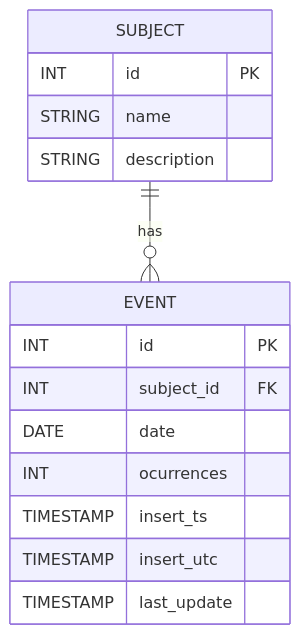
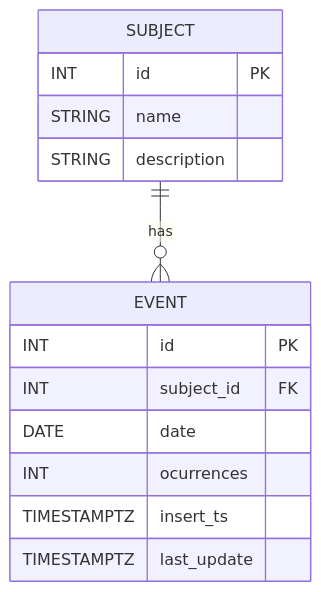
One commit to VitorMakiyama/go-event-analyser changed the diagram in README.md. Above: the diagram before and after it, drawn with Mermaid. The commit also changed other lines of this file and 6 other files, not shown here.

````diff
--- a/README.md
+++ b/README.md
@@ -36,20 +36,19 @@
 ```mermaid
 erDiagram
     SUBJECT ||--o{ EVENT : has
 
     SUBJECT {
         INT id PK
         STRING name
         STRING description
     }
 
     EVENT {
         INT id PK
         INT subject_id FK
         DATE date
         INT ocurrences
-        TIMESTAMP insert_ts
-        TIMESTAMP insert_utc
-        TIMESTAMP last_update
+        TIMESTAMPTZ insert_ts
+        TIMESTAMPTZ last_update
     }
 ```
````
